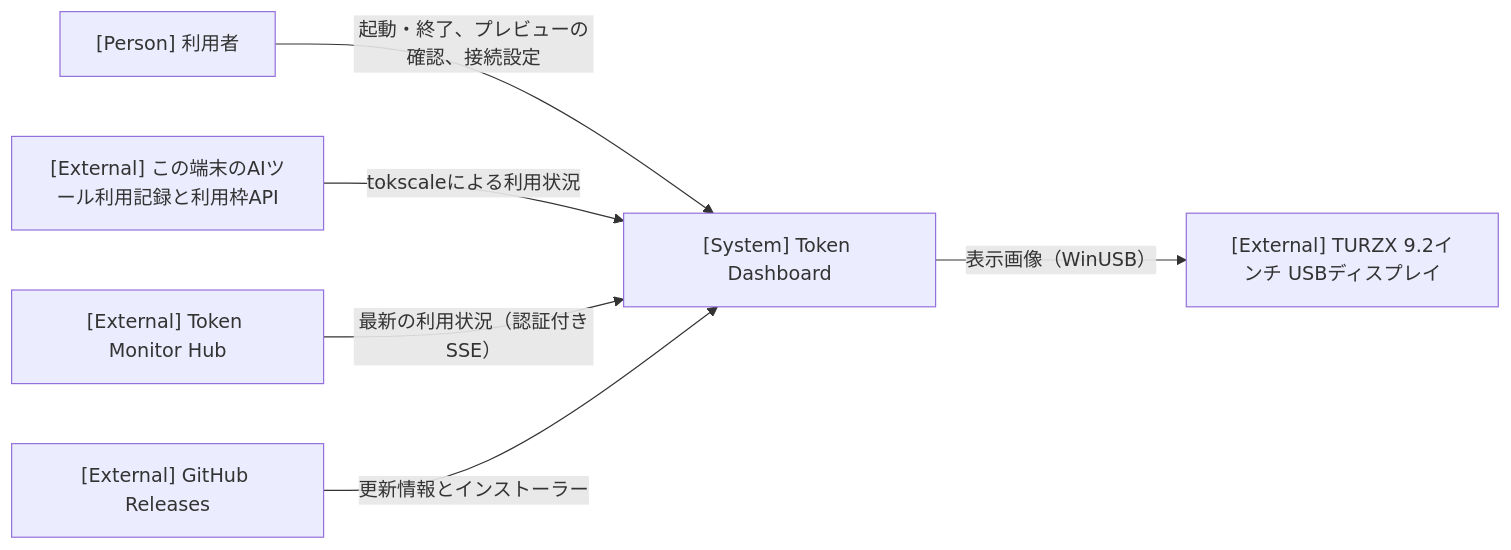
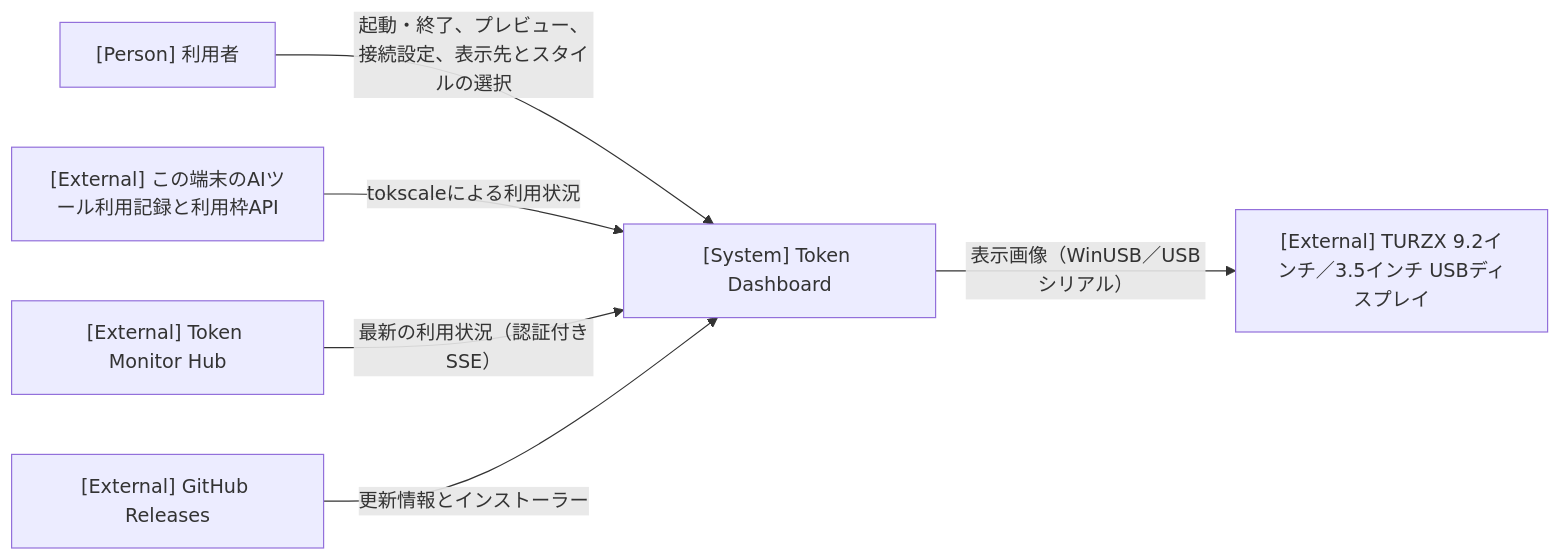
One commit to nuitsjp/token-dashboard changed the diagram in docs/architecture.md. Above: the diagram before and after it, drawn with Mermaid. The commit also changed other lines of this file and 118 other files, not shown here.

````diff
--- a/docs/architecture.md
+++ b/docs/architecture.md
@@ -7,14 +7,14 @@
 ```mermaid
 flowchart LR
   user["[Person] 利用者"]
   system["[System] Token Dashboard"]
   local["[External] この端末のAIツール利用記録と利用枠API"]
   hub["[External] Token Monitor Hub"]
-  turzx["[External] TURZX 9.2インチ USBディスプレイ"]
+  turzx["[External] TURZX 9.2インチ／3.5インチ USBディスプレイ"]
   releases["[External] GitHub Releases"]
-  user -->|"起動・終了、プレビューの確認、接続設定"| system
+  user -->|"起動・終了、プレビュー、接続設定、表示先とスタイルの選択"| system
   local -->|"tokscaleによる利用状況"| system
   hub -->|"最新の利用状況（認証付きSSE）"| system
-  system -->|"表示画像（WinUSB）"| turzx
+  system -->|"表示画像（WinUSB／USBシリアル）"| turzx
   releases -->|"更新情報とインストーラー"| system
 ```
````
